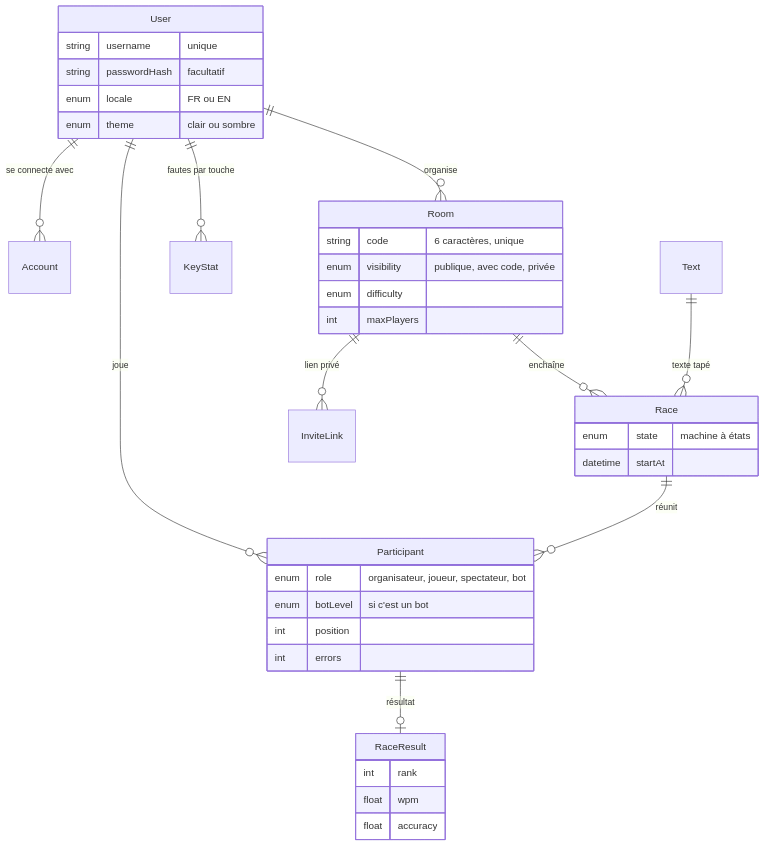
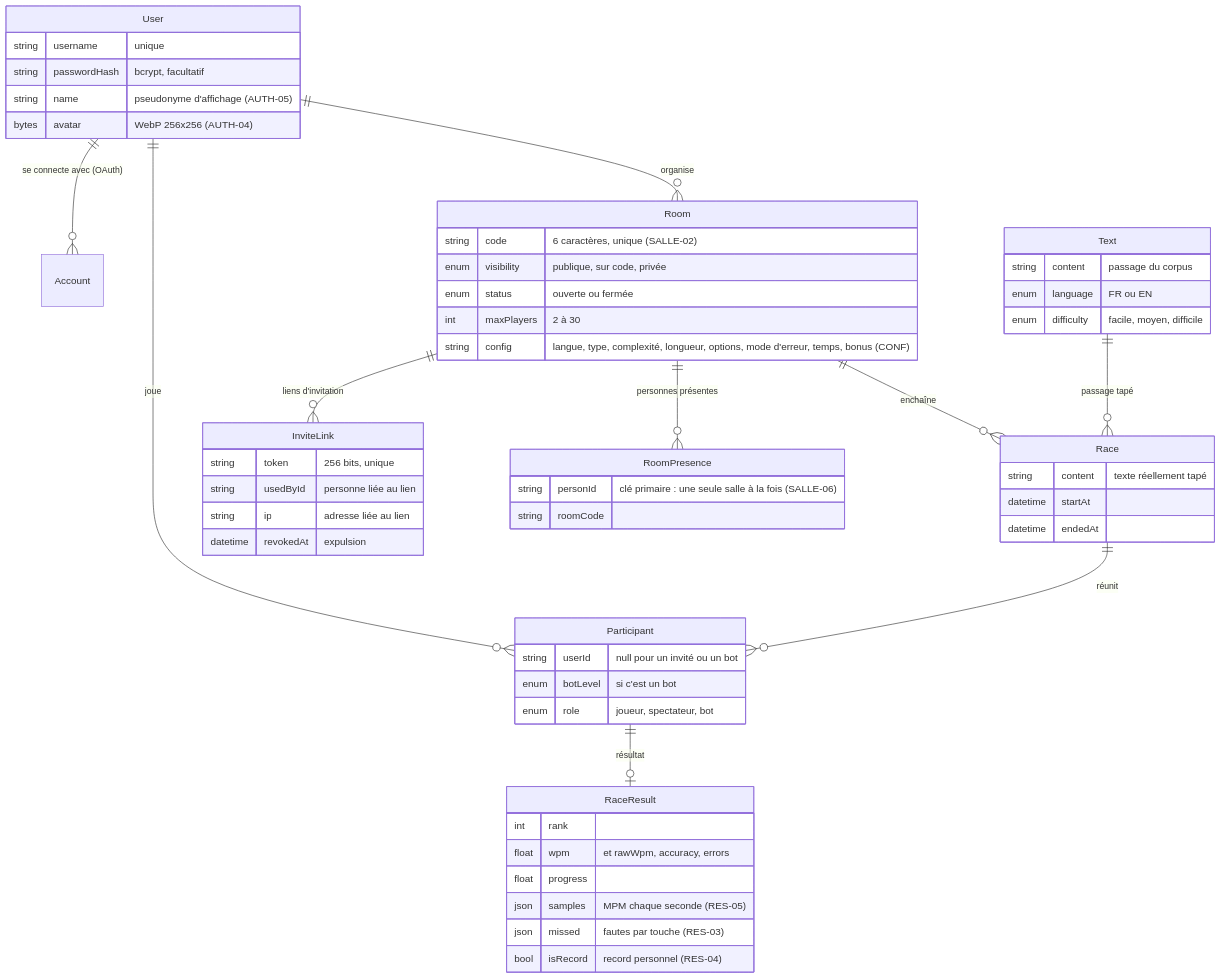
One commit to blanchejose/fastclap changed the first of 3 diagrams in docs/ARCHITECTURE.md. Above: the diagram before and after it, drawn with Mermaid. The commit also changed other lines of this file, not shown here.

Commit message:
Architecture finale : modèle de données, flux temps réel, ADR des bots

````diff
--- a/docs/ARCHITECTURE.md
+++ b/docs/ARCHITECTURE.md
@@ -8,40 +8,59 @@
 ```mermaid
 erDiagram
-    User ||--o{ Account : "se connecte avec"
+    User ||--o{ Account : "se connecte avec (OAuth)"
     User ||--o{ Room : "organise"
     User ||--o{ Participant : "joue"
-    User ||--o{ KeyStat : "fautes par touche"
     Room ||--o{ Race : "enchaîne"
-    Room ||--o{ InviteLink : "lien privé"
-    Text ||--o{ Race : "texte tapé"
+    Room ||--o{ InviteLink : "liens d'invitation"
+    Room ||--o{ RoomPresence : "personnes présentes"
+    Text ||--o{ Race : "passage tapé"
     Race ||--o{ Participant : "réunit"
     Participant ||--o| RaceResult : "résultat"
 
     User {
         string username "unique"
-        string passwordHash "facultatif"
-        enum locale "FR ou EN"
-        enum theme "clair ou sombre"
+        string passwordHash "bcrypt, facultatif"
+        string name "pseudonyme d'affichage (AUTH-05)"
+        bytes avatar "WebP 256x256 (AUTH-04)"
     }
     Room {
-        string code "6 caractères, unique"
-        enum visibility "publique, avec code, privée"
-        enum difficulty
-        int maxPlayers
+        string code "6 caractères, unique (SALLE-02)"
+        enum visibility "publique, sur code, privée"
+        enum status "ouverte ou fermée"
+        int maxPlayers "2 à 30"
+        string config "langue, type, complexité, longueur, options, mode d'erreur, temps, bonus (CONF)"
+    }
+    RoomPresence {
+        string personId "clé primaire : une seule salle à la fois (SALLE-06)"
+        string roomCode
+    }
+    InviteLink {
+        string token "256 bits, unique"
+        string usedById "personne liée au lien"
+        string ip "adresse liée au lien"
+        datetime revokedAt "expulsion"
+    }
+    Text {
+        string content "passage du corpus"
+        enum language "FR ou EN"
+        enum difficulty "facile, moyen, difficile"
     }
     Race {
-        enum state "machine à états"
+        string content "texte réellement tapé"
         datetime startAt
+        datetime endedAt
     }
     Participant {
-        enum role "organisateur, joueur, spectateur, bot"
+        string userId "null pour un invité ou un bot"
         enum botLevel "si c'est un bot"
-        int position
-        int errors
+        enum role "joueur, spectateur, bot"
     }
     RaceResult {
         int rank
-        float wpm
-        float accuracy
+        float wpm "et rawWpm, accuracy, errors"
+        float progress
+        json samples "MPM chaque seconde (RES-05)"
+        json missed "fautes par touche (RES-03)"
+        bool isRecord "record personnel (RES-04)"
     }
 ```
````
